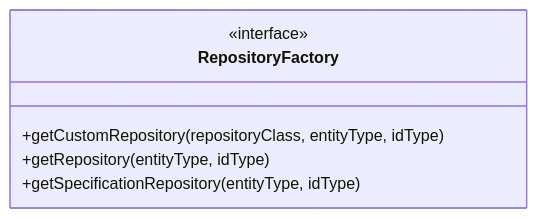
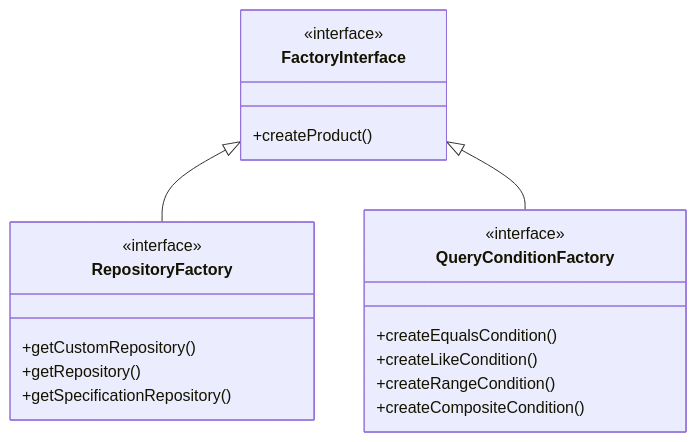
One commit to Vinskao/ty-multiverse-backend changed the third of 12 diagrams in README.md. Above: the diagram before and after it, drawn with Mermaid. The commit also changed other lines of this file and 1 other file, not shown here.

Commit message:
info: 設計圖更新

````diff
--- a/README.md
+++ b/README.md
@@ -19,9 +62,25 @@
 ```mermaid
 classDiagram
+    class FactoryInterface {
+        <<interface>>
+        +createProduct()
+    }
+    
     class RepositoryFactory {
         <<interface>>
-        +getCustomRepository(repositoryClass, entityType, idType)
-        +getRepository(entityType, idType)
-        +getSpecificationRepository(entityType, idType)
+        +getCustomRepository()
+        +getRepository()
+        +getSpecificationRepository()
     }
+    
+    class QueryConditionFactory {
+        <<interface>>
+        +createEqualsCondition()
+        +createLikeCondition()
+        +createRangeCondition()
+        +createCompositeCondition()
+    }
+    
+    FactoryInterface <|-- RepositoryFactory
+    FactoryInterface <|-- QueryConditionFactory
 ```
````
